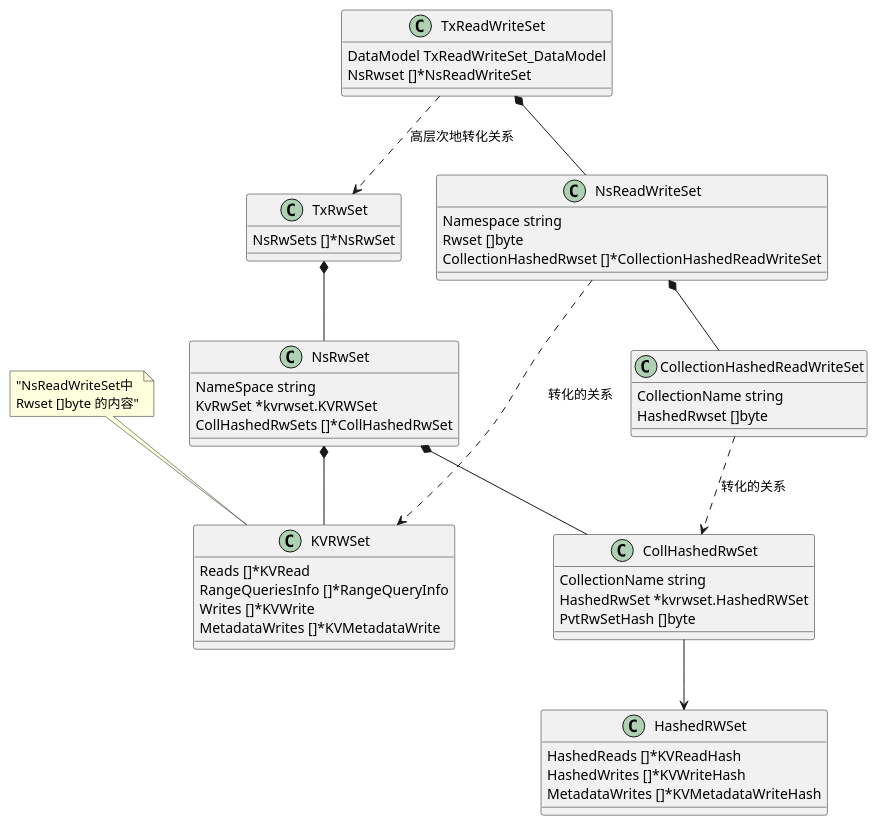
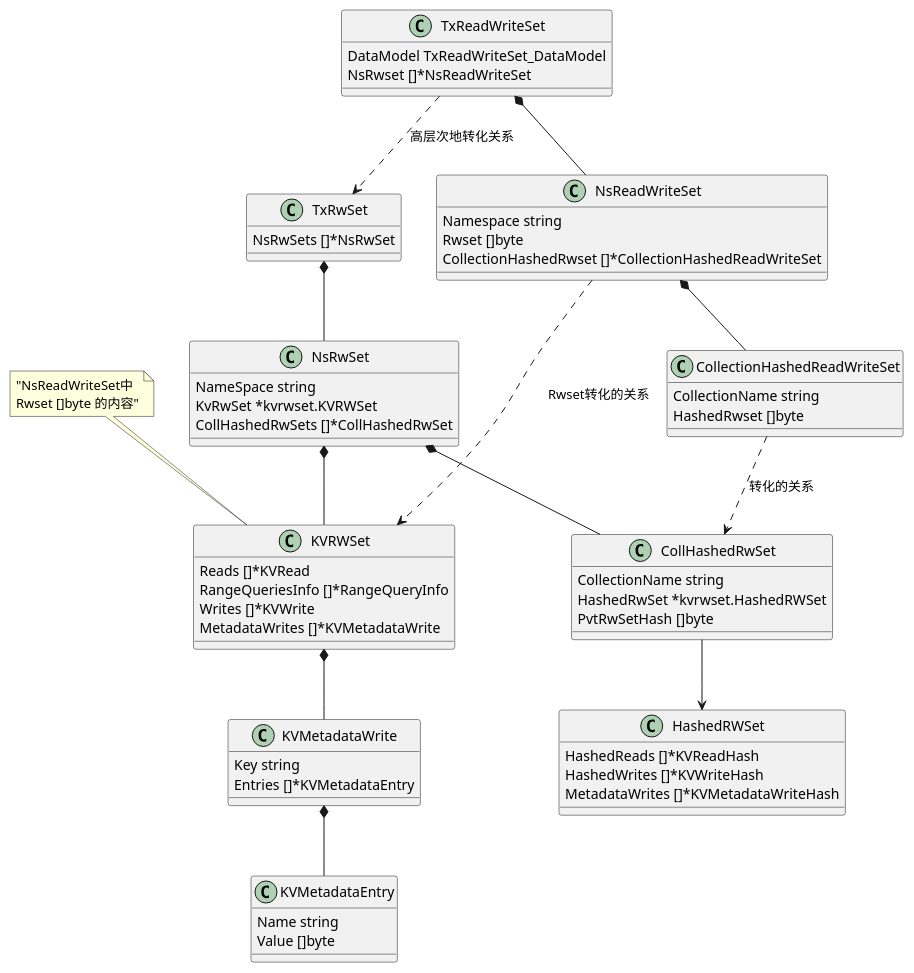
The diagram in learning/rwset.puml (ping40/fabric), drawn with PlantUML before and after one commit. The commit also changed 5 other files, not shown here.

```diff
--- a/learning/rwset.puml
+++ b/learning/rwset.puml
@@ -1,64 +1,79 @@
 @startuml
 
 class TxReadWriteSet {
  DataModel TxReadWriteSet_DataModel
  NsRwset []*NsReadWriteSet
 }
 
 class NsReadWriteSet {
  Namespace string
  Rwset []byte
  CollectionHashedRwset []*CollectionHashedReadWriteSet
 }
 
 TxReadWriteSet *-- NsReadWriteSet
 
 
 class KVRWSet {
 	Reads []*KVRead
 	RangeQueriesInfo []*RangeQueryInfo
 	Writes []*KVWrite
 	MetadataWrites []*KVMetadataWrite
 }
 
-NsReadWriteSet ..> KVRWSet : 转化的关系
+NsReadWriteSet ..> KVRWSet : Rwset转化的关系
 note top of KVRWSet: "NsReadWriteSet中\nRwset []byte 的内容"
 
 class CollectionHashedReadWriteSet {
 	CollectionName string 
 	HashedRwset []byte
 }
 NsReadWriteSet *-- CollectionHashedReadWriteSet
 
 class CollHashedRwSet {
 	CollectionName string
 	HashedRwSet *kvrwset.HashedRWSet
 	PvtRwSetHash []byte
 }
 
 CollectionHashedReadWriteSet ..> CollHashedRwSet : 转化的关系
 
 class TxRwSet {
 	NsRwSets []*NsRwSet
 }
 
 class NsRwSet {
 	NameSpace string
 	KvRwSet *kvrwset.KVRWSet
 	CollHashedRwSets []*CollHashedRwSet
 }
 TxRwSet *-- NsRwSet
 NsRwSet *-- KVRWSet
 TxReadWriteSet ..> TxRwSet :高层次地转化关系
 
 NsRwSet *-- CollHashedRwSet
 
 
 class HashedRWSet {
 	HashedReads []*KVReadHash 
 	HashedWrites []*KVWriteHash 
 	MetadataWrites []*KVMetadataWriteHash 
 }
 
 CollHashedRwSet --> HashedRWSet
+
+
+class KVMetadataWrite {
+	Key string
+	Entries []*KVMetadataEntry
+}
+KVRWSet *-- KVMetadataWrite
+
+
+class KVMetadataEntry {
+	Name string
+	Value []byte
+}
+KVMetadataWrite *-- KVMetadataEntry
+
 @enduml
```
